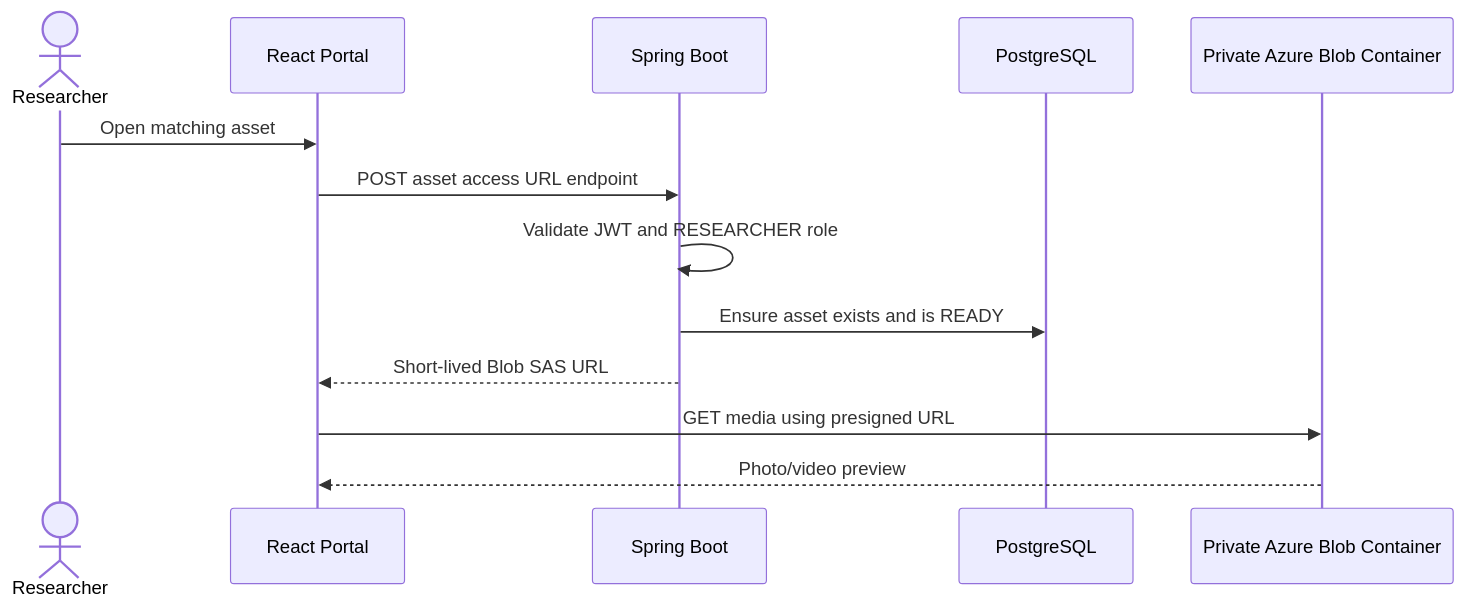
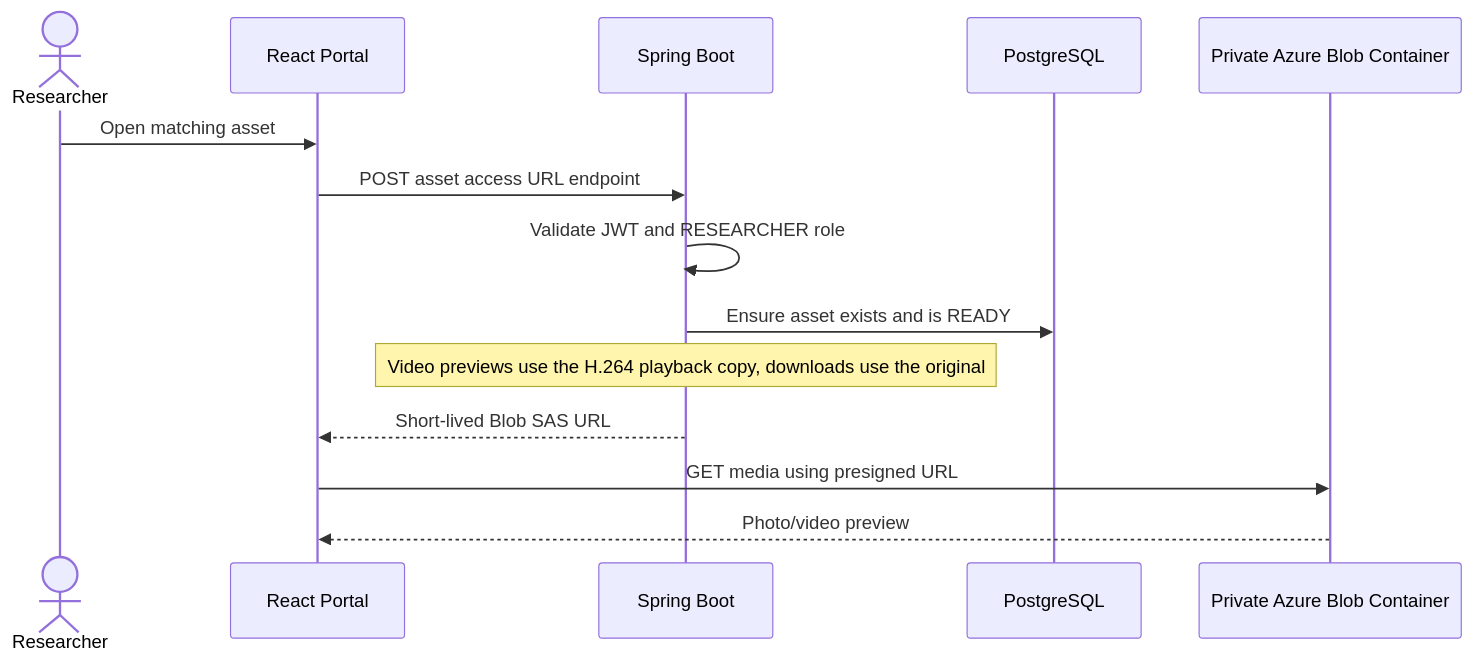
One commit to sagarparker/CMPE_272_PROJECT changed the sixth of 6 diagrams in README.md. Above: the diagram before and after it, drawn with Mermaid. The commit also changed other lines of this file, not shown here.

First line of the commit message:
docs(readme): align architecture and workflows with the implemented system

````diff
--- a/README.md
+++ b/README.md
@@ -205,15 +223,16 @@
 ```mermaid
 sequenceDiagram
     actor Researcher
     participant UI as React Portal
     participant API as Spring Boot
     participant DB as PostgreSQL
     participant BLOB as Private Azure Blob Container
     Researcher->>UI: Open matching asset
     UI->>API: POST asset access URL endpoint
     API->>API: Validate JWT and RESEARCHER role
     API->>DB: Ensure asset exists and is READY
+    Note over API: Video previews use the H.264 playback copy, downloads use the original
     API-->>UI: Short-lived Blob SAS URL
     UI->>BLOB: GET media using presigned URL
     BLOB-->>UI: Photo/video preview
 ```
````
